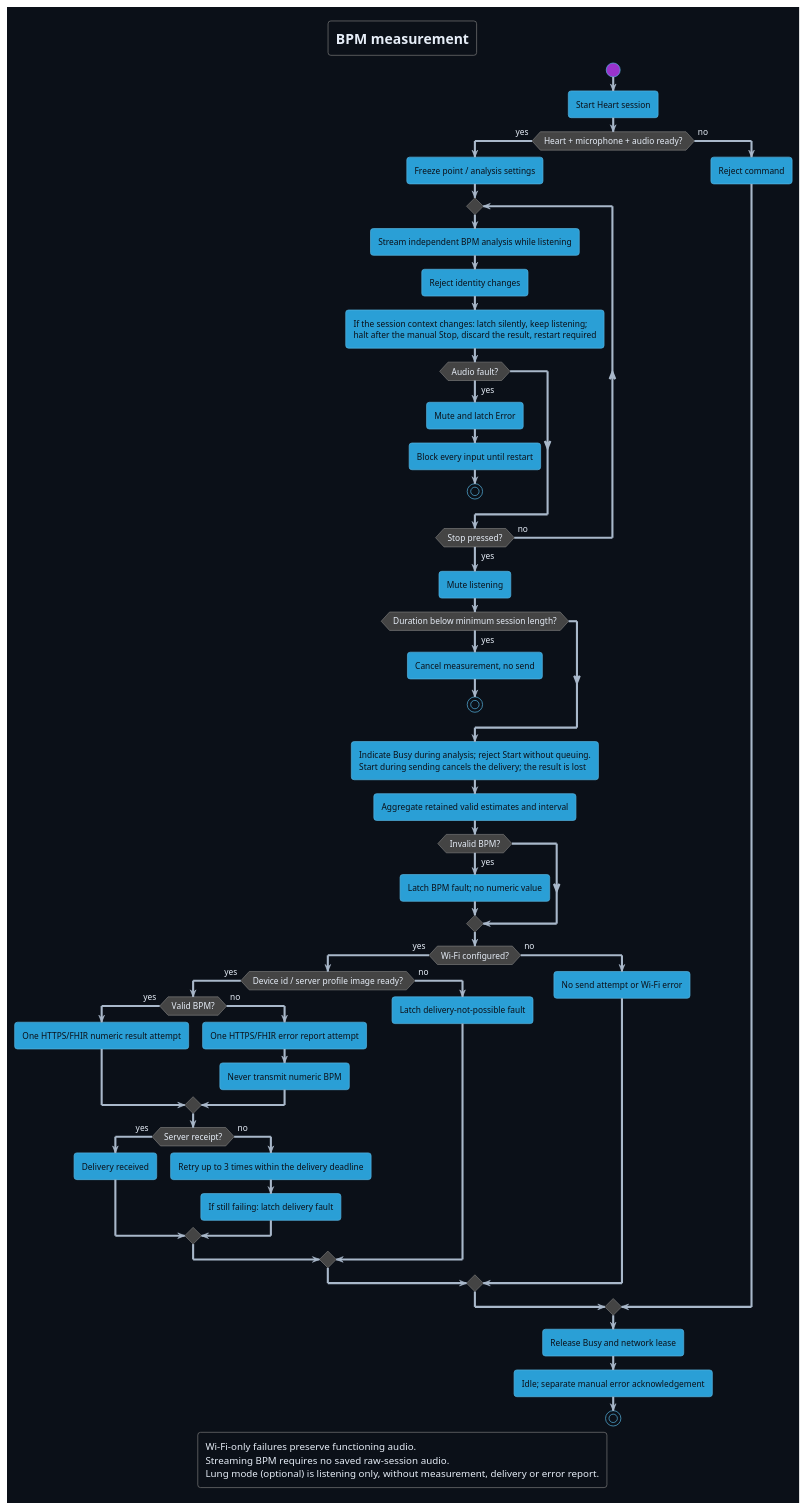
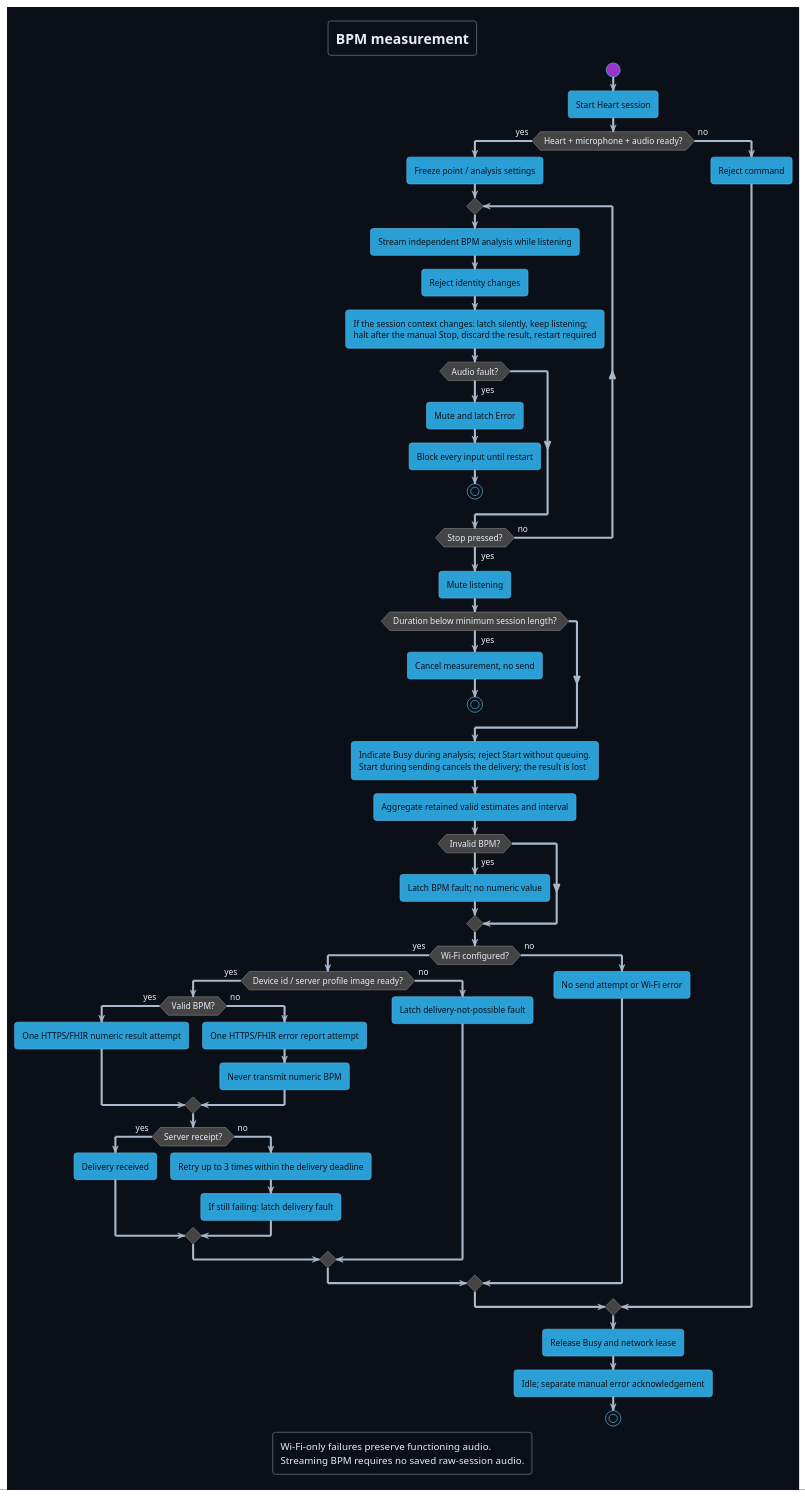
Before and after one commit to DemonicPsychoII/DigitalStethoscope: the diagram in Development/system/architecture/system/puml/measurement-workflow.puml, drawn with PlantUML. The commit also changed 24 other files, not shown here.

First line of the commit message:
documentation: remove the functions outside the product from the architecture views

```diff
--- a/Development/system/architecture/system/puml/measurement-workflow.puml
+++ b/Development/system/architecture/system/puml/measurement-workflow.puml
@@ -1,68 +1,67 @@
 @startuml measurement_workflow
 !theme cyborg
 skinparam shadowing false
 skinparam defaultFontName SansSerif
 skinparam backgroundColor #0b1018
 skinparam defaultFontColor #e6edf7
 skinparam ArrowColor #a9b8ca
 skinparam activity {
  FontColor #0b1018
  DiamondFontColor #e6edf7
 }
 title BPM measurement
 start
 :Start Heart session;
 if (Heart + microphone + audio ready?) then (yes)
  :Freeze point / analysis settings;
  repeat
   :Stream independent BPM analysis while listening;
   :Reject identity changes;
   :If the session context changes: latch silently, keep listening;\nhalt after the manual Stop, discard the result, restart required;
   if (Audio fault?) then (yes)
    :Mute and latch Error;
    :Block every input until restart;
    stop
   endif
  repeat while (Stop pressed?) is (no) not (yes)
  :Mute listening;
  if (Duration below minimum session length?) then (yes)
   :Cancel measurement, no send;
   stop
  endif
  :Indicate Busy during analysis; reject Start without queuing.\nStart during sending cancels the delivery; the result is lost;
  :Aggregate retained valid estimates and interval;
  if (Invalid BPM?) then (yes)
   :Latch BPM fault; no numeric value;
  endif
  if (Wi-Fi configured?) then (yes)
   if (Device id / server profile image ready?) then (yes)
    if (Valid BPM?) then (yes)
     :One HTTPS/FHIR numeric result attempt;
    else (no)
     :One HTTPS/FHIR error report attempt;
     :Never transmit numeric BPM;
    endif
    if (Server receipt?) then (yes)
     :Delivery received;
    else (no)
     :Retry up to 3 times within the delivery deadline;
     :If still failing: latch delivery fault;
    endif
   else (no)
    :Latch delivery-not-possible fault;
   endif
  else (no)
   :No send attempt or Wi-Fi error;
  endif
 else (no)
  :Reject command;
 endif
 :Release Busy and network lease;
 :Idle; separate manual error acknowledgement;
 stop
 legend bottom
   Wi-Fi-only failures preserve functioning audio.
   Streaming BPM requires no saved raw-session audio.
-  Lung mode (optional) is listening only, without measurement, delivery or error report.
 endlegend
 @enduml
```
